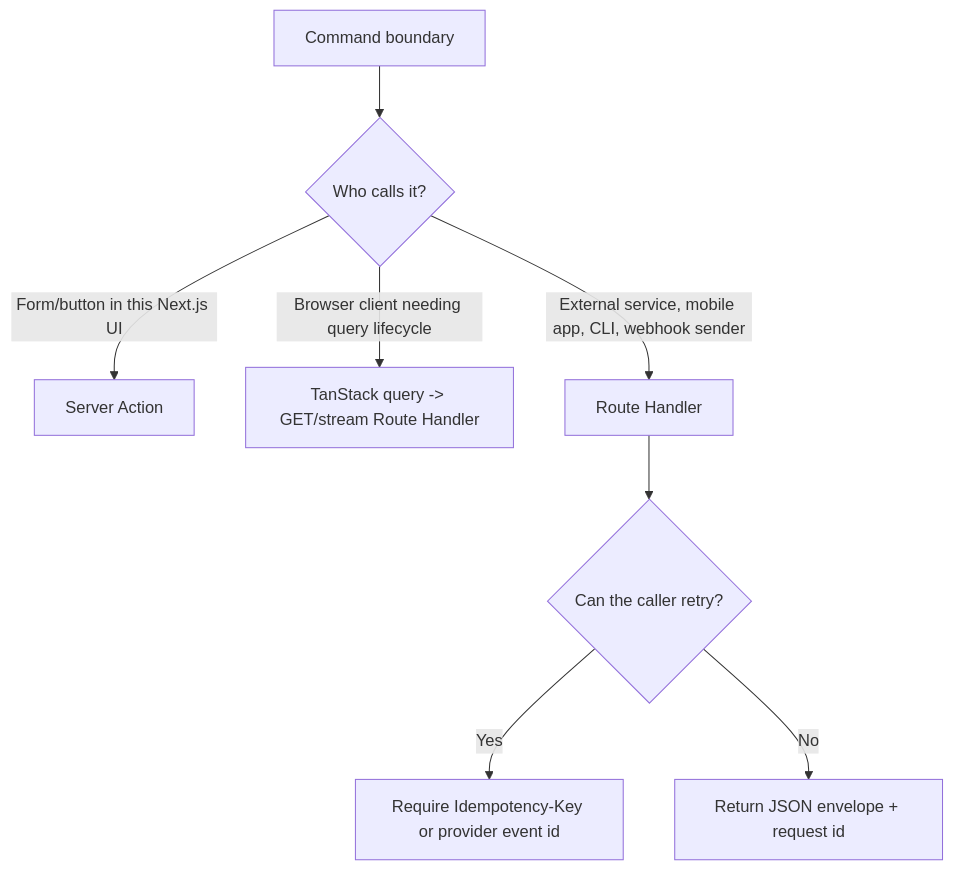
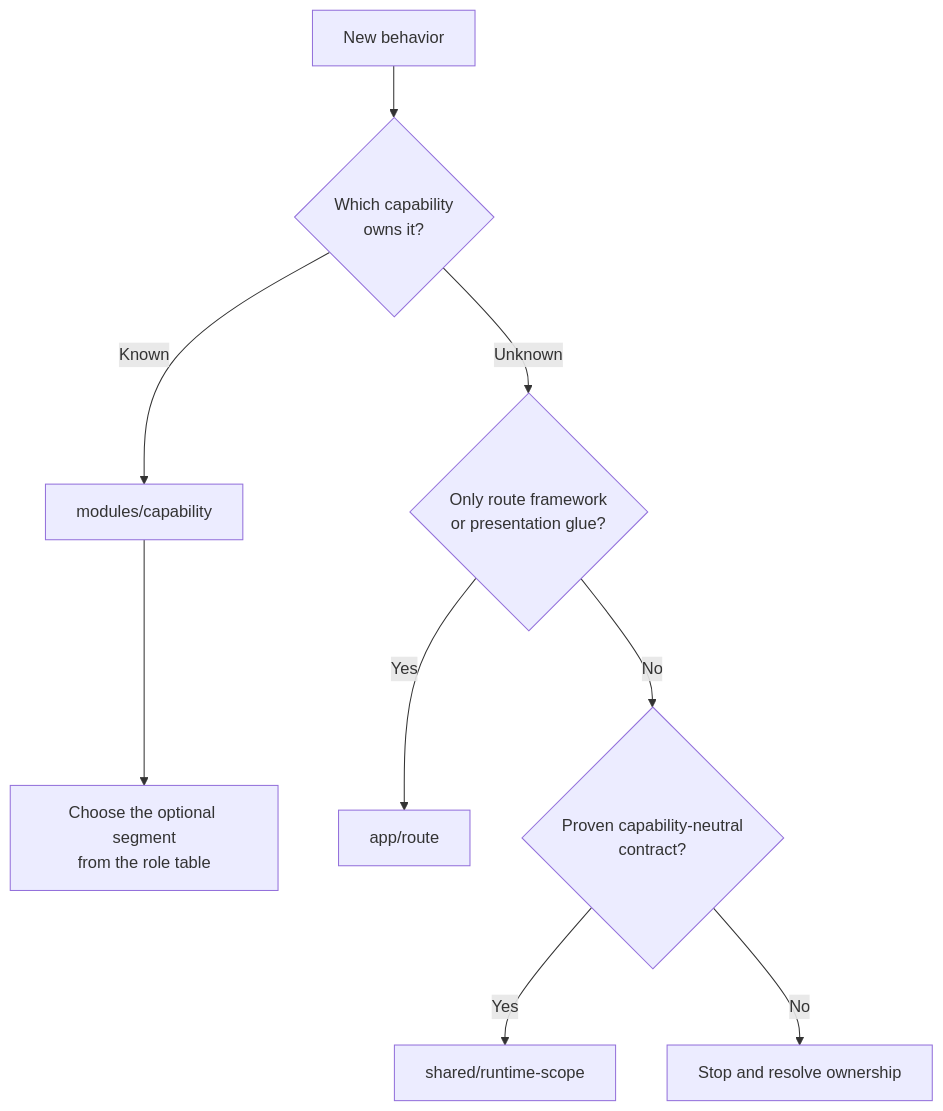
Before and after one commit to clicktronix/nextjs-clean-skills: the first of 6 diagrams in docs/agent-decision-maps.md, drawn with Mermaid. The commit also changed other lines of this file and 1394 other files, not shown here.

Commit message:
Adopt capability-first architecture (#11)

````diff
--- a/docs/agent-decision-maps.md
+++ b/docs/agent-decision-maps.md
@@ -55,10 +8,23 @@
 ```mermaid
-flowchart TD
-  Command["Command boundary"] --> Caller{"Who calls it?"}
-  Caller -->|Form/button in this Next.js UI| Action["Server Action"]
-  Caller -->|Browser client needing query lifecycle| ServerState["TanStack query -> GET/stream Route Handler"]
-  Caller -->|External service, mobile app, CLI, webhook sender| Route["Route Handler"]
-  Route --> Retry{"Can the caller retry?"}
-  Retry -->|Yes| Idempotency["Require Idempotency-Key or provider event id"]
-  Retry -->|No| Envelope["Return JSON envelope + request id"]
+flowchart TB
+  accTitle: Place new code
+  accDescr: Name the product owner first, then choose route glue, a capability role, or an admitted shared runtime root.
+  Start["New behavior"]
+  Owner{"Which capability<br/>owns it?"}
+  Route{"Only route framework<br/>or presentation glue?"}
+  App["app/route"]
+  Module["modules/capability"]
+  Role["Choose the optional segment<br/>from the role table"]
+  Shared{"Proven capability-neutral<br/>contract?"}
+  SharedRoot["shared/runtime-scope"]
+  Stop["Stop and resolve ownership"]
+
+  Start --> Owner
+  Owner -->|Known| Module
+  Module --> Role
+  Owner -->|Unknown| Route
+  Route -->|Yes| App
+  Route -->|No| Shared
+  Shared -->|Yes| SharedRoot
+  Shared -->|No| Stop
 ```
````
